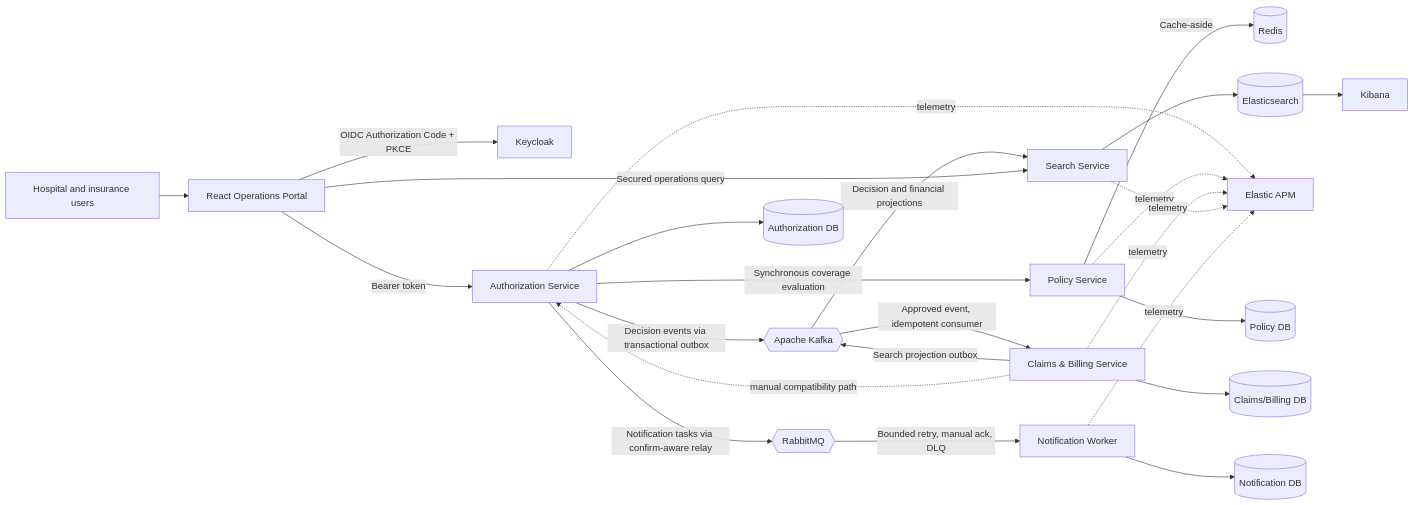
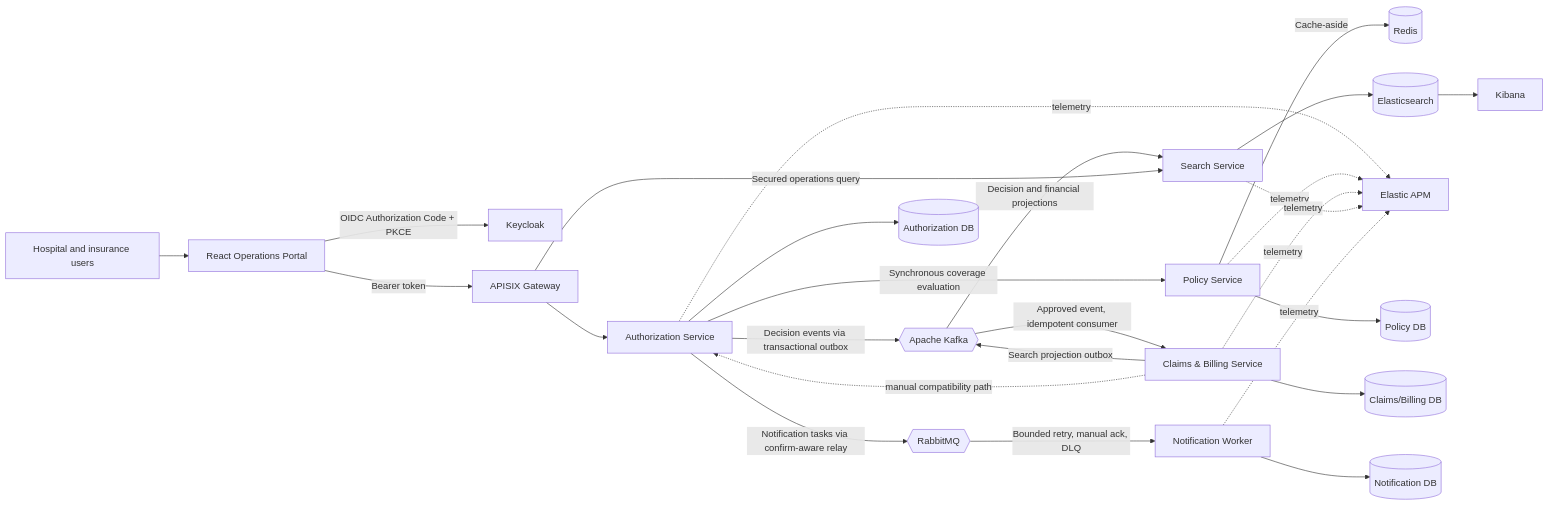
Before and after one commit to aydindemir1/health-insurance-platform: the diagram in README.md, drawn with Mermaid. The commit also changed other lines of this file and 15 other files, not shown here.

````diff
--- a/README.md
+++ b/README.md
@@ -198,27 +220,28 @@
 ```mermaid
 flowchart LR
     User[Hospital and insurance users] --> Portal[React Operations Portal]
     Portal -->|OIDC Authorization Code + PKCE| KC[Keycloak]
-    Portal -->|Bearer token| Auth[Authorization Service]
+    Portal -->|Bearer token| Gateway[APISIX Gateway]
+    Gateway --> Auth[Authorization Service]
     Auth -->|Synchronous coverage evaluation| Policy[Policy Service]
     Auth -->|Decision events via transactional outbox| Kafka{{Apache Kafka}}
     Auth -->|Notification tasks via confirm-aware relay| Rabbit{{RabbitMQ}}
     Kafka -->|Approved event, idempotent consumer| Claims[Claims & Billing Service]
     Rabbit -->|Bounded retry, manual ack, DLQ| Notifications[Notification Worker]
     Claims -->|Search projection outbox| Kafka
     Kafka -->|Decision and financial projections| Search[Search Service]
-    Portal -->|Secured operations query| Search
+    Gateway -->|Secured operations query| Search
     Policy -->|Cache-aside| Redis[(Redis)]
     Search --> Elastic[(Elasticsearch)]
     Elastic --> Kibana[Kibana]
     Auth -. telemetry .-> APM[Elastic APM]
     Policy -. telemetry .-> APM
     Claims -. telemetry .-> APM
     Search -. telemetry .-> APM
     Notifications -. telemetry .-> APM
     Claims -. manual compatibility path .-> Auth
     Auth --> AuthDB[(Authorization DB)]
     Policy --> PolicyDB[(Policy DB)]
     Claims --> ClaimsDB[(Claims/Billing DB)]
     Notifications --> NotificationDB[(Notification DB)]
 ```
````
